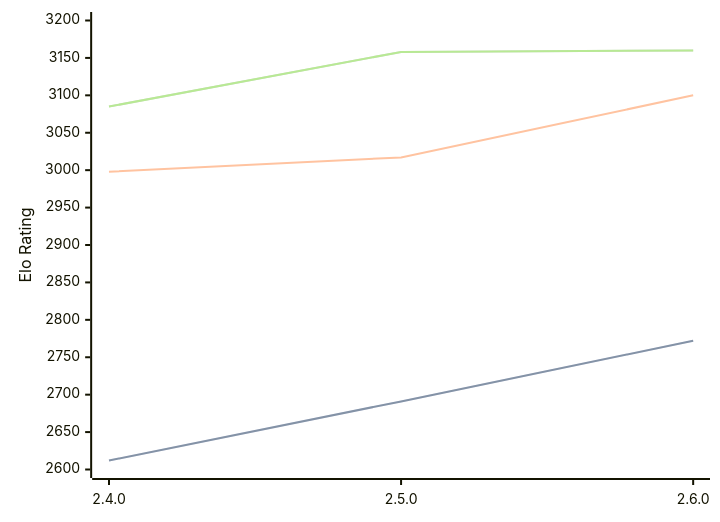
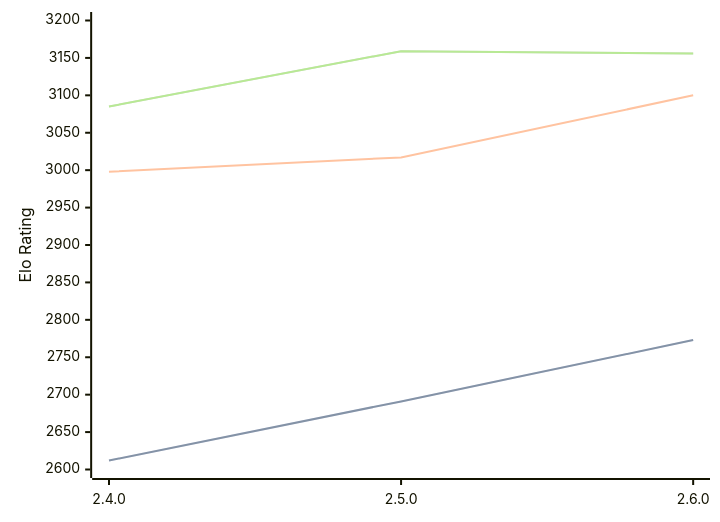
One commit to computer-chess-index/cci changed the diagram in engines/Sturddle2.md. Above: the diagram before and after it, drawn with Mermaid. The commit also changed other lines of this file, not shown here.

Commit message:
Update CCI Ratings (ELO VLTC) - 2026-08-20

````diff
--- a/engines/Sturddle2.md
+++ b/engines/Sturddle2.md
@@ -33,11 +33,11 @@
 ```mermaid
 %%{init: {"theme":"base","themeVariables":{"seriesColors:['#a3a3a3','#222221','#faa371']}}}%%
 xychart-beta
   x-axis ["2.4.0", "2.5.0", "2.6.0"]
   y-axis "Elo Rating" 2600 --> 3200
-  line "STC (8.0+0.08s)" [2612, 2691, 2772]
-  line "STC (8.0+0.08s)" [2612, 2691, 2772]
+  line "STC (8.0+0.08s)" [2612, 2691, 2773]
+  line "STC (8.0+0.08s)" [2612, 2691, 2773]
   line "LTC (60.0+0.60s)" [2998, 3017, 3100]
-  line "VLTC (2m24s+1.12s)" [3085, 3158, 3160]
-  line "VLTC (2m24s+1.12s)" [3085, 3158, 3160]
+  line "VLTC (2m24s+1.12s)" [3085, 3159, 3156]
+  line "VLTC (2m24s+1.12s)" [3085, 3159, 3156]
 ```
````
